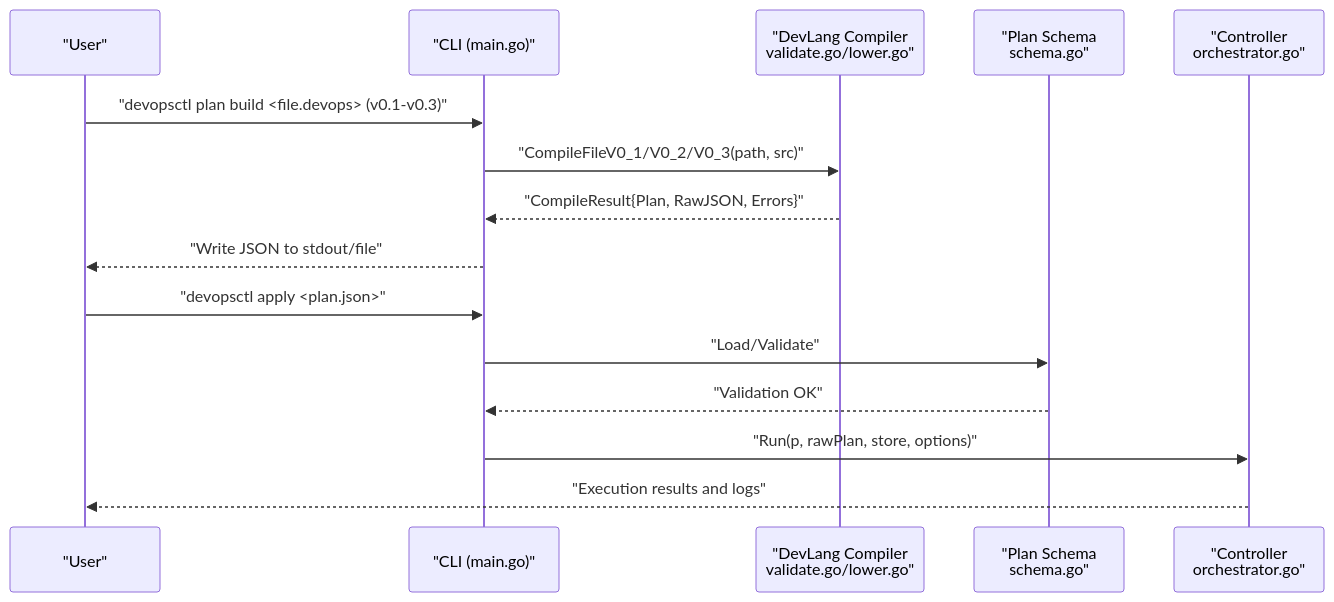
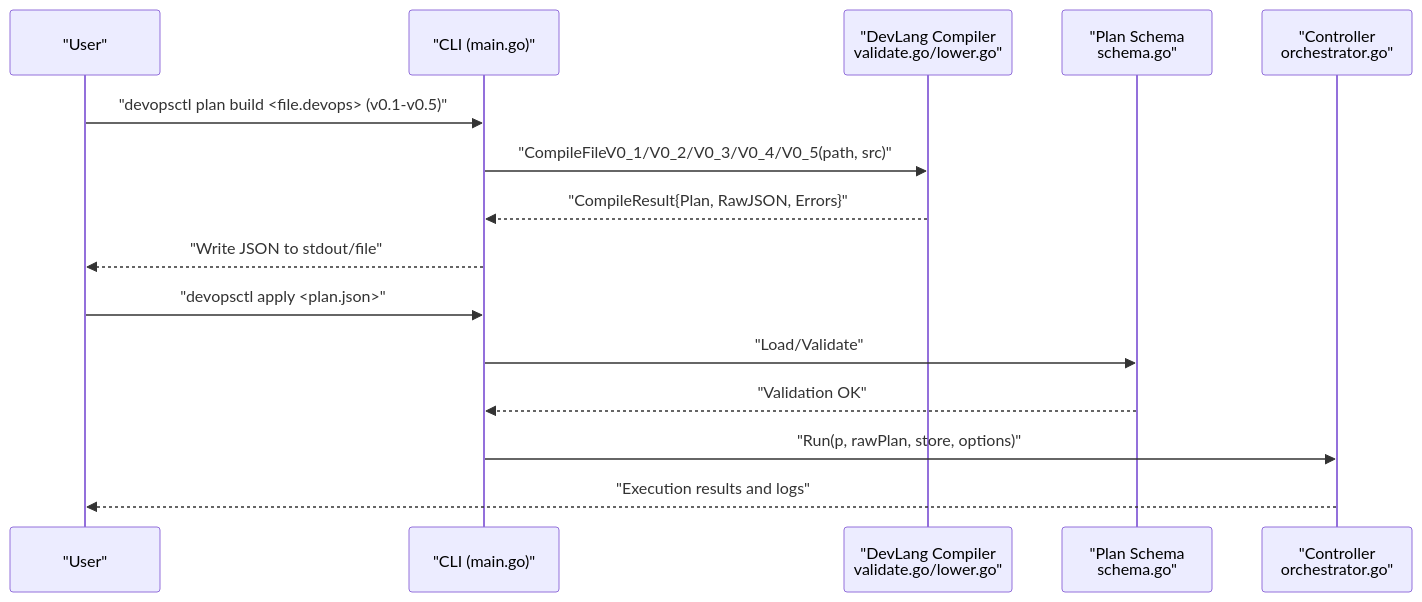
Before and after one commit to ahmednour1430464/dotdevops: the second of 5 diagrams in .qoder/repowiki/en/content/.devops Language Reference/.devops Language Reference.md, drawn with Mermaid. The commit also changed other lines of this file and 12 other files, not shown here.

````diff
--- a/.qoder/repowiki/en/content/.devops Language Reference/.devops Language Reference.md
+++ b/.qoder/repowiki/en/content/.devops Language Reference/.devops Language Reference.md
@@ -143,17 +154,17 @@
 ```mermaid
 sequenceDiagram
 participant U as "User"
 participant CLI as "CLI (main.go)"
 participant DL as "DevLang Compiler<br/>validate.go/lower.go"
 participant PLAN as "Plan Schema<br/>schema.go"
 participant CTRL as "Controller<br/>orchestrator.go"
-U->>CLI : "devopsctl plan build <file.devops> (v0.1-v0.3)"
-CLI->>DL : "CompileFileV0_1/V0_2/V0_3(path, src)"
+U->>CLI : "devopsctl plan build <file.devops> (v0.1-v0.5)"
+CLI->>DL : "CompileFileV0_1/V0_2/V0_3/V0_4/V0_5(path, src)"
 DL-->>CLI : "CompileResult{Plan, RawJSON, Errors}"
 CLI-->>U : "Write JSON to stdout/file"
 U->>CLI : "devopsctl apply <plan.json>"
 CLI->>PLAN : "Load/Validate"
 PLAN-->>CLI : "Validation OK"
 CLI->>CTRL : "Run(p, rawPlan, store, options)"
 CTRL-->>U : "Execution results and logs"
 ```
````
